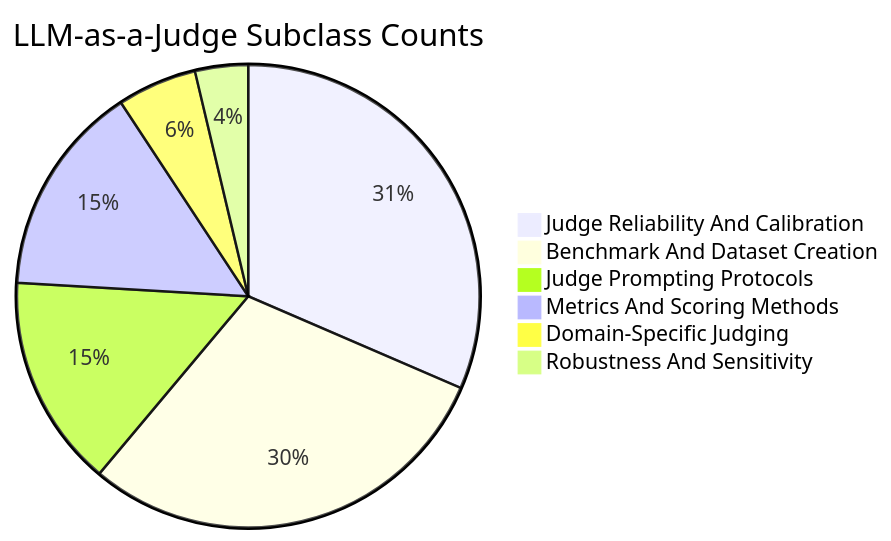
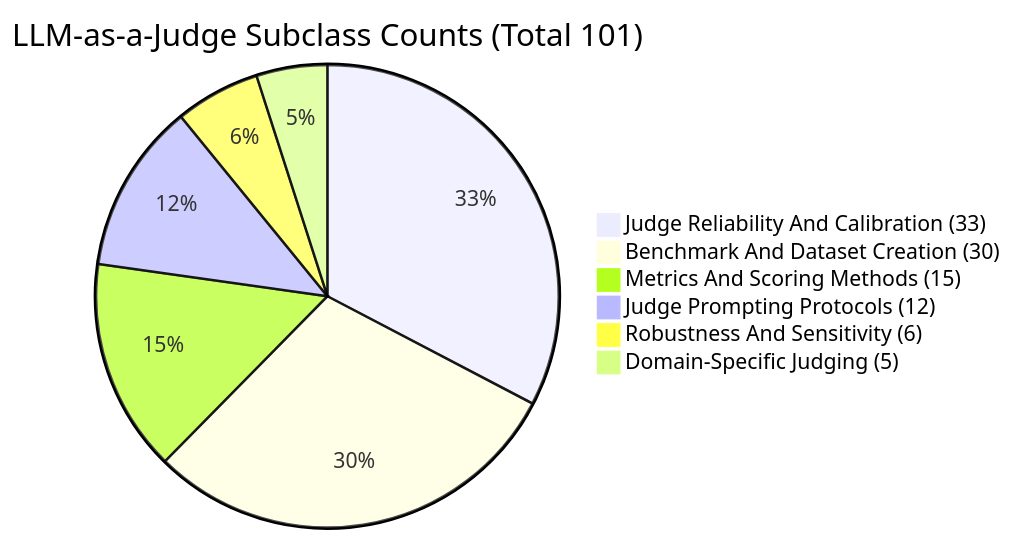
One commit to inoue0426/llm-judge-research-tracker changed the first of 3 diagrams in README.md. Above: the diagram before and after it, drawn with Mermaid. The commit also changed other lines of this file and 94 other files, not shown here.

````diff
--- a/README.md
+++ b/README.md
@@ -20,9 +20,9 @@
 ```mermaid
-pie title LLM-as-a-Judge Subclass Counts
-    "Judge Reliability And Calibration" : 17
-    "Benchmark And Dataset Creation" : 16
-    "Judge Prompting Protocols" : 8
-    "Metrics And Scoring Methods" : 8
-    "Domain-Specific Judging" : 3
-    "Robustness And Sensitivity" : 2
+pie title LLM-as-a-Judge Subclass Counts (Total 101)
+    "Judge Reliability And Calibration (33)" : 33
+    "Benchmark And Dataset Creation (30)" : 30
+    "Metrics And Scoring Methods (15)" : 15
+    "Judge Prompting Protocols (12)" : 12
+    "Robustness And Sensitivity (6)" : 6
+    "Domain-Specific Judging (5)" : 5
 ```
````
